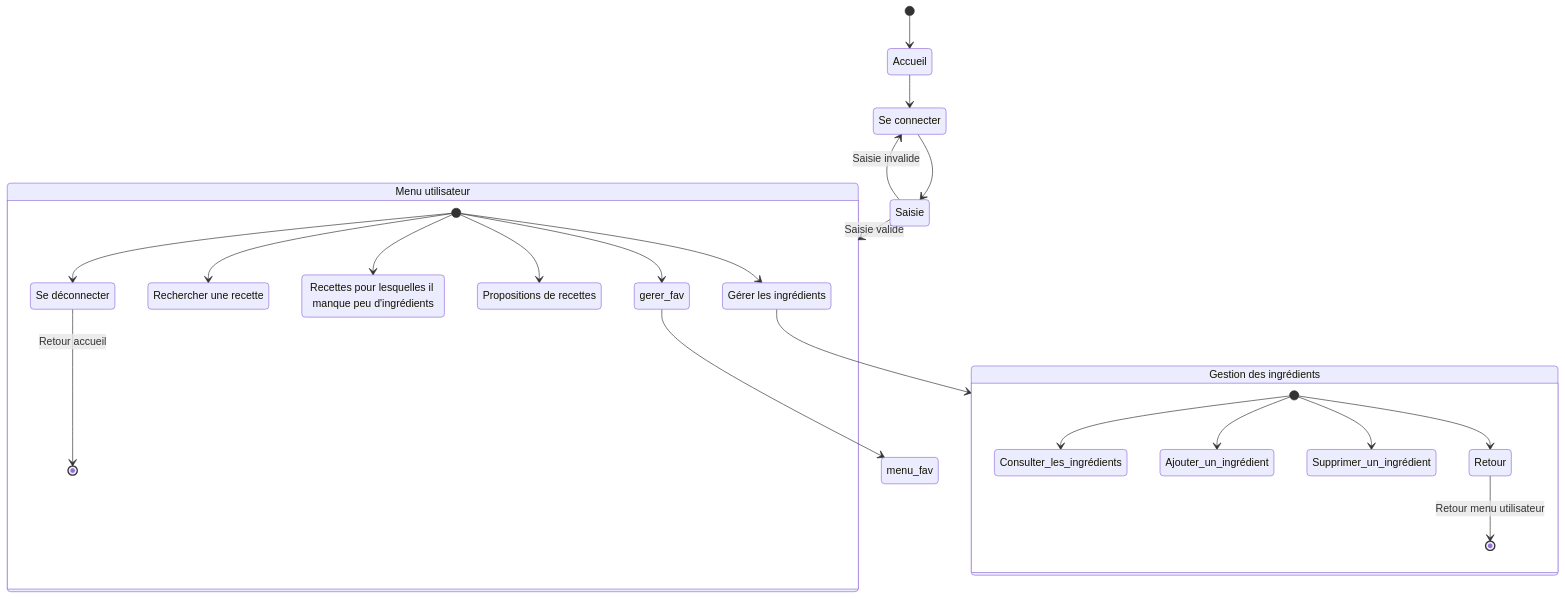
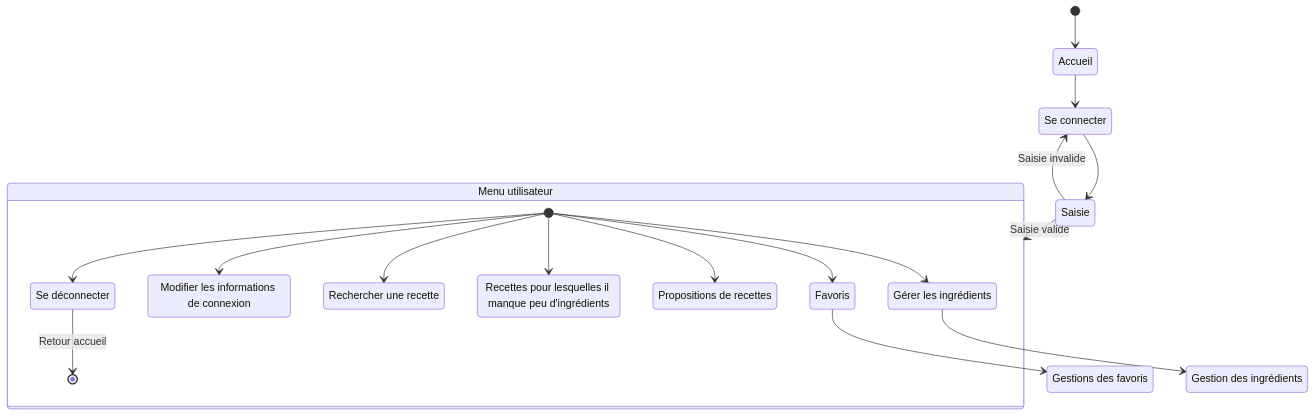
The seventh of 9 diagrams in doc/diag_activites.md (bbrunel/ENSAI-2A-projet-info), drawn with Mermaid before and after one commit. The commit also changed other lines of this file, not shown here.

Commit message:
modif compte diag act

````diff
--- a/doc/diag_activites.md
+++ b/doc/diag_activites.md
@@ -328,44 +328,41 @@
 ```mermaid
 stateDiagram
     login : Se connecter
     menu_utilisateur : Menu utilisateur
     menu_ingr : Gestion des ingrédients
     gerer_ingr : Gérer les ingrédients
     recettes : Propositions de recettes
     rec_ingr_manquant : Recettes pour lesquelles il manque peu d'ingrédients
     logout : Se déconnecter
     Rechercher : Rechercher une recette
+    modif_compte : Modifier les informations de connexion
+    gerer_fav : Favoris
+    menu_fav : Gestions des favoris
+    
     
     [*] --> Accueil
 
     Accueil --> login
 
     login --> Saisie
     Saisie --> menu_utilisateur: Saisie valide
     Saisie --> login: Saisie invalide
 
     state menu_utilisateur {
     	[*] --> gerer_ingr
       [*] --> gerer_fav
       [*] --> recettes
       [*] --> rec_ingr_manquant
       [*] --> Rechercher
+      [*] --> modif_compte
     	[*] --> logout
       logout --> [*]:Retour accueil
     }
 
     gerer_ingr --> menu_ingr
 
     gerer_fav --> menu_fav
 
-    state menu_ingr {
-      [*] --> Consulter_les_ingrédients
-      [*] --> Ajouter_un_ingrédient
-      [*] --> Supprimer_un_ingrédient
-      [*] --> Retour
-      Retour --> [*]: Retour menu utilisateur
-        
-    }
 
 
 ```
````
